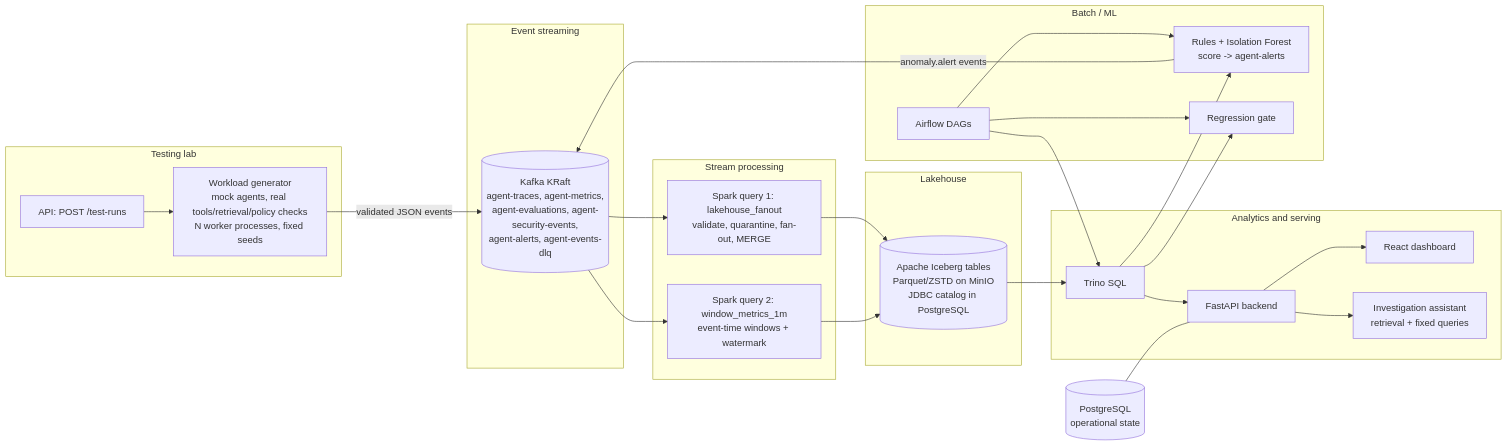
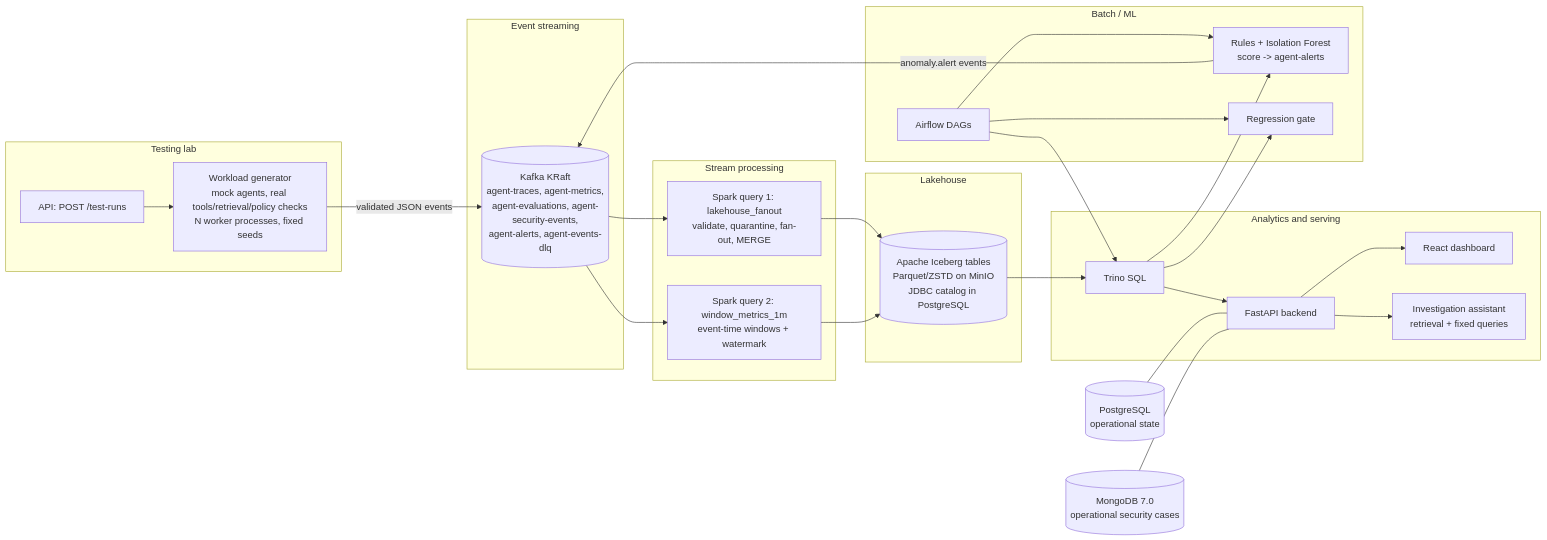
The diagram in docs/ARCHITECTURE.md (Anish-144/BigDataPR), drawn with Mermaid before and after one commit. The commit also changed other lines of this file and 23 other files, not shown here.

````diff
--- a/docs/ARCHITECTURE.md
+++ b/docs/ARCHITECTURE.md
@@ -10,40 +10,41 @@
 ```mermaid
 flowchart LR
   subgraph Lab[Testing lab]
     G[Workload generator<br/>mock agents, real tools/retrieval/policy checks<br/>N worker processes, fixed seeds]
     API1[API: POST /test-runs]
   end
   subgraph Stream[Event streaming]
     K[(Kafka KRaft<br/>agent-traces, agent-metrics,<br/>agent-evaluations, agent-security-events,<br/>agent-alerts, agent-events-dlq)]
   end
   subgraph Proc[Stream processing]
     S1[Spark query 1: lakehouse_fanout<br/>validate, quarantine, fan-out, MERGE]
     S2[Spark query 2: window_metrics_1m<br/>event-time windows + watermark]
   end
   subgraph Lake[Lakehouse]
     I[(Apache Iceberg tables<br/>Parquet/ZSTD on MinIO<br/>JDBC catalog in PostgreSQL)]
   end
   subgraph Serve[Analytics and serving]
     T[Trino SQL]
     B[FastAPI backend]
     UI[React dashboard]
     INV[Investigation assistant<br/>retrieval + fixed queries]
   end
   subgraph Batch[Batch / ML]
     ML[Rules + Isolation Forest<br/>score -> agent-alerts]
     RG[Regression gate]
     AF[Airflow DAGs]
   end
   API1 --> G
   G -->|validated JSON events| K
   K --> S1 & S2
   S1 --> I
   S2 --> I
   I --> T
   T --> B --> UI
   B --> INV
   T --> ML -->|anomaly.alert events| K
   T --> RG
   AF --> ML & RG & T
   PG[(PostgreSQL<br/>operational state)] --- B
+  MDB[(MongoDB 7.0<br/>operational security cases)] --- B
 ```
````
